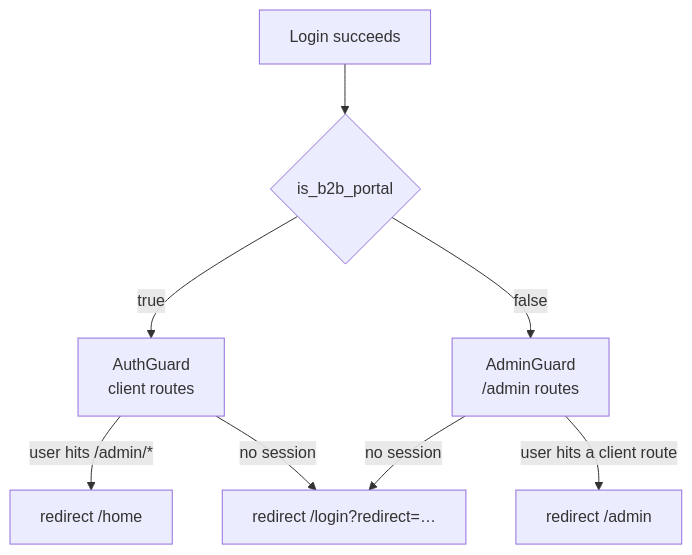
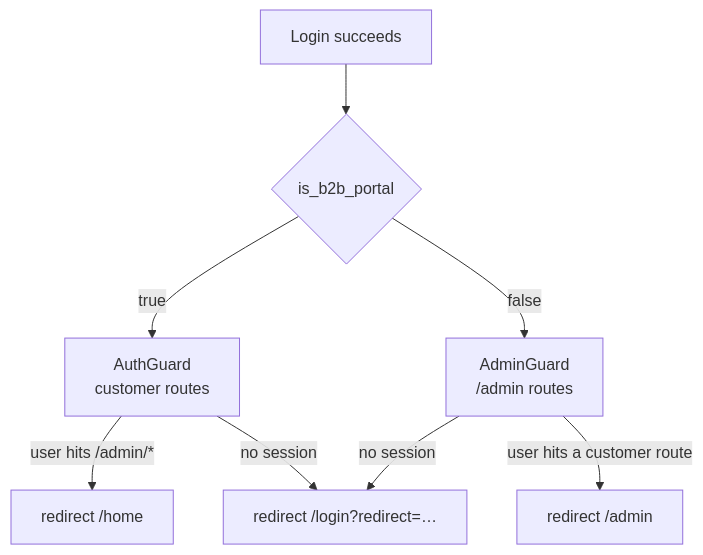
The fourth of 8 diagrams in docs/b2b_ecommerce_docs/_technical_docs/007-Authentication-and-Authorization.md (LaplaceSoftware/lp_projects_docs), drawn with Mermaid before and after one commit. The commit also changed other lines of this file and 48 other files, not shown here.

````diff
--- a/docs/b2b_ecommerce_docs/_technical_docs/007-Authentication-and-Authorization.md
+++ b/docs/b2b_ecommerce_docs/_technical_docs/007-Authentication-and-Authorization.md
@@ -106,10 +106,10 @@
 ```mermaid
 flowchart TB
     L["Login succeeds"] --> Q{"is_b2b_portal"}
-    Q -->|true| CG["AuthGuard<br/>client routes"]
+    Q -->|true| CG["AuthGuard<br/>customer routes"]
     Q -->|false| AG["AdminGuard<br/>/admin routes"]
     CG -->|"user hits /admin/*"| R1["redirect /home"]
-    AG -->|"user hits a client route"| R2["redirect /admin"]
+    AG -->|"user hits a customer route"| R2["redirect /admin"]
     CG -->|"no session"| L2["redirect /login?redirect=…"]
     AG -->|"no session"| L2
 ```
````
